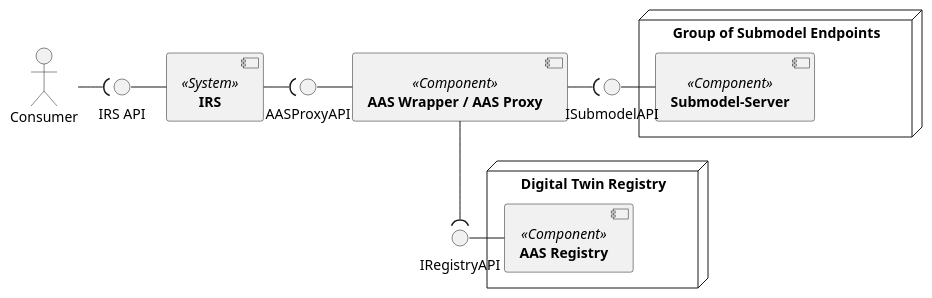
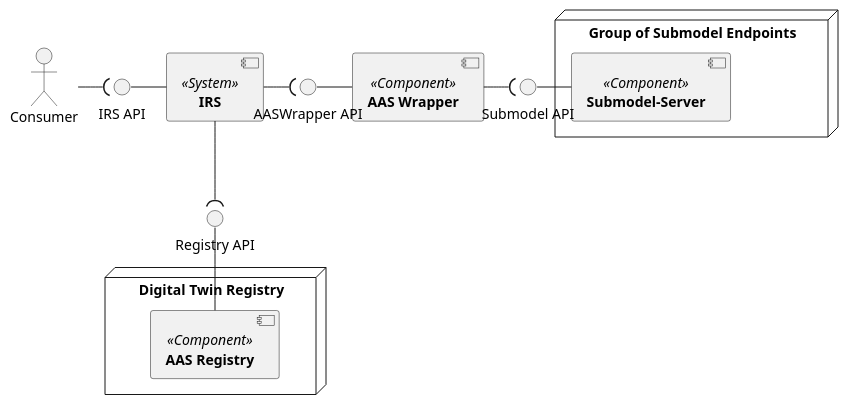
Before and after one commit to eclipse-tractusx/item-relationship-service: the diagram in uml-diagramms/irs-overall-system-view.puml, drawn with PlantUML. The commit also changed 2 other files, not shown here.

```diff
--- a/uml-diagramms/irs-overall-system-view.puml
+++ b/uml-diagramms/irs-overall-system-view.puml
@@ -1,33 +1,33 @@
 @startuml 
 skinparam monochrome true
 skinparam shadowing false
 
 [**IRS**] <<System>> as IRS
 
-[**AAS Wrapper / AAS Proxy**] <<Component>> as AASW
+[**AAS Wrapper**] <<Component>> as AASW
 
 
 node "Digital Twin Registry" {
     [**AAS Registry**] <<Component>> as AASR
 }
 
 node "Group of Submodel Endpoints" {
   [**Submodel-Server**] <<Component>> as SN
 }
+
 actor Consumer
 interface "IRS API" as IAPI
-interface "AASProxyAPI" as IAASW
-interface "IRegistryAPI" as IRAPI
-interface "ISubmodelAPI" as ISubModelAPI
+interface "AASWrapper API" as IAASW
+interface "Registry API" as IRAPI
+interface "Submodel API" as ISubModelAPI
 
 Consumer -( IAPI
 IAPI - IRS
 IAASW - AASW
 IRS -( IAASW
-IRAPI - AASR
-AASW --( IRAPI
 ISubModelAPI - SN
 AASW -( ISubModelAPI
-
+IRS --( IRAPI
+IRAPI -- AASR
 
 @enduml
```
